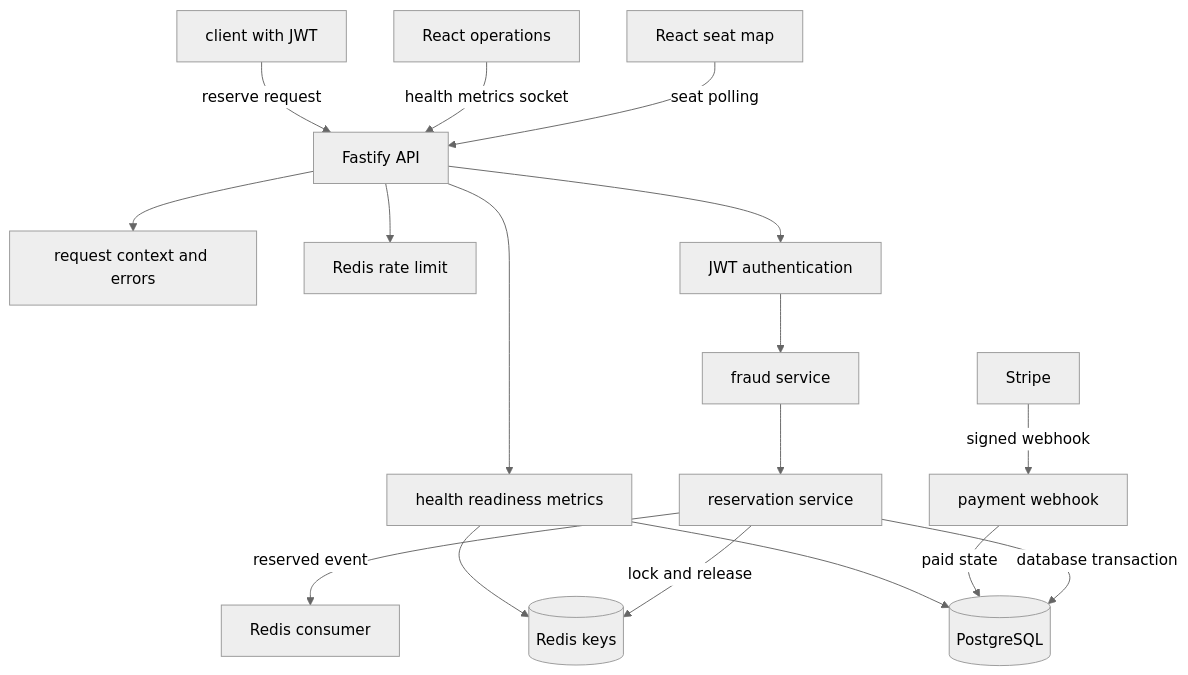
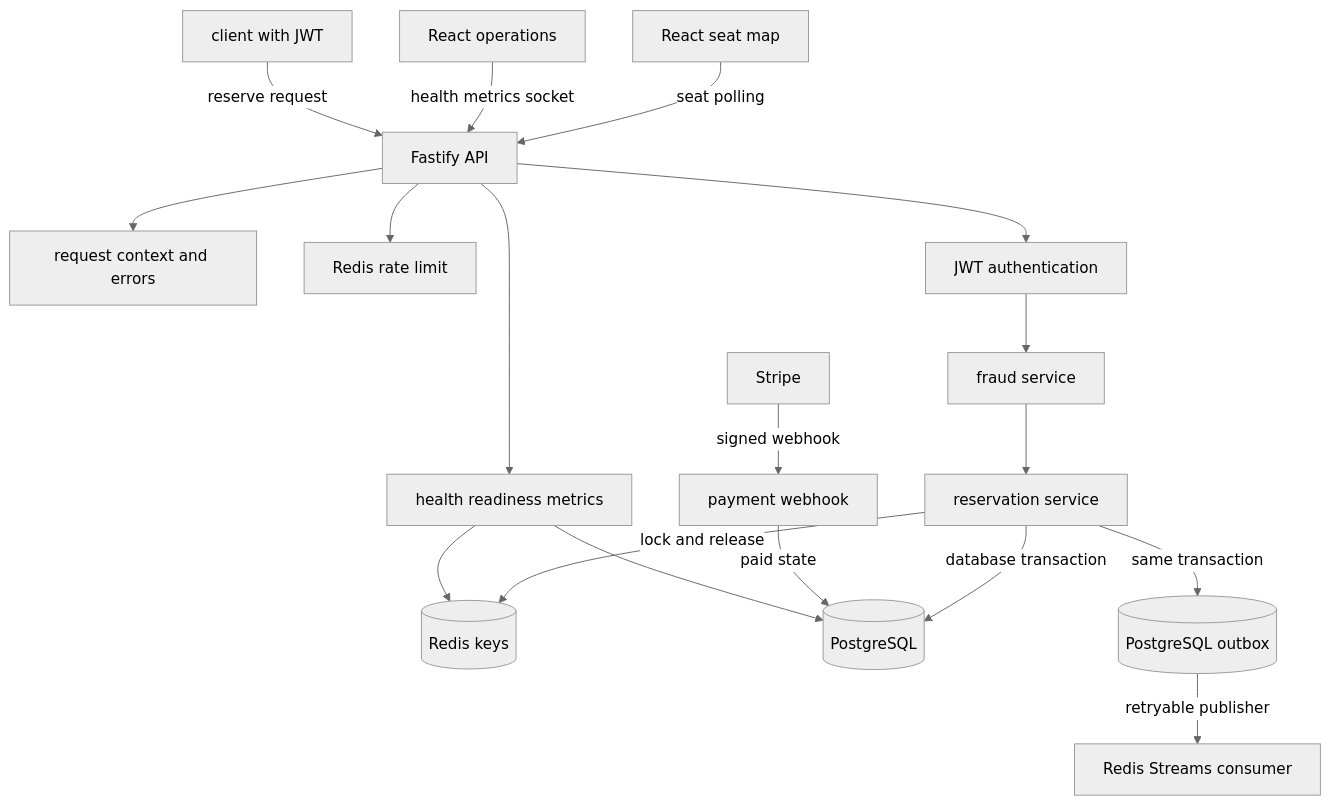
The first of 3 diagrams in docs/ARCHITECTURE.md (genesisgzdev/Project-MegaTicketing), drawn with Mermaid (neutral theme) before and after one commit. The commit also changed other lines of this file and 16 other files, not shown here.

```diff
--- a/docs/ARCHITECTURE.md
+++ b/docs/ARCHITECTURE.md
@@ -11,19 +11,20 @@
 ~~~mermaid
 flowchart TB
     WEB[React seat map] -->|seat polling| HTTP[Fastify API]
     OPS[React operations] -->|health metrics socket| HTTP
     CLIENT[client with JWT] -->|reserve request| HTTP
     HTTP --> CTX[request context and errors]
     HTTP --> RL[Redis rate limit]
     HTTP --> AUTH[JWT authentication]
     AUTH --> FRAUD[fraud service]
     FRAUD --> RES[reservation service]
     RES -->|lock and release| R[(Redis keys)]
     RES -->|database transaction| DB[(PostgreSQL)]
-    RES -->|reserved event| ORD[Redis consumer]
+    RES -->|same transaction| OUT[(PostgreSQL outbox)]
+    OUT -->|retryable publisher| ORD[Redis Streams consumer]
     STRIPE[Stripe] -->|signed webhook| PAY[payment webhook]
     PAY -->|paid state| DB
     HTTP --> HEALTH[health readiness metrics]
     HEALTH --> DB
     HEALTH --> R
 ~~~
```
